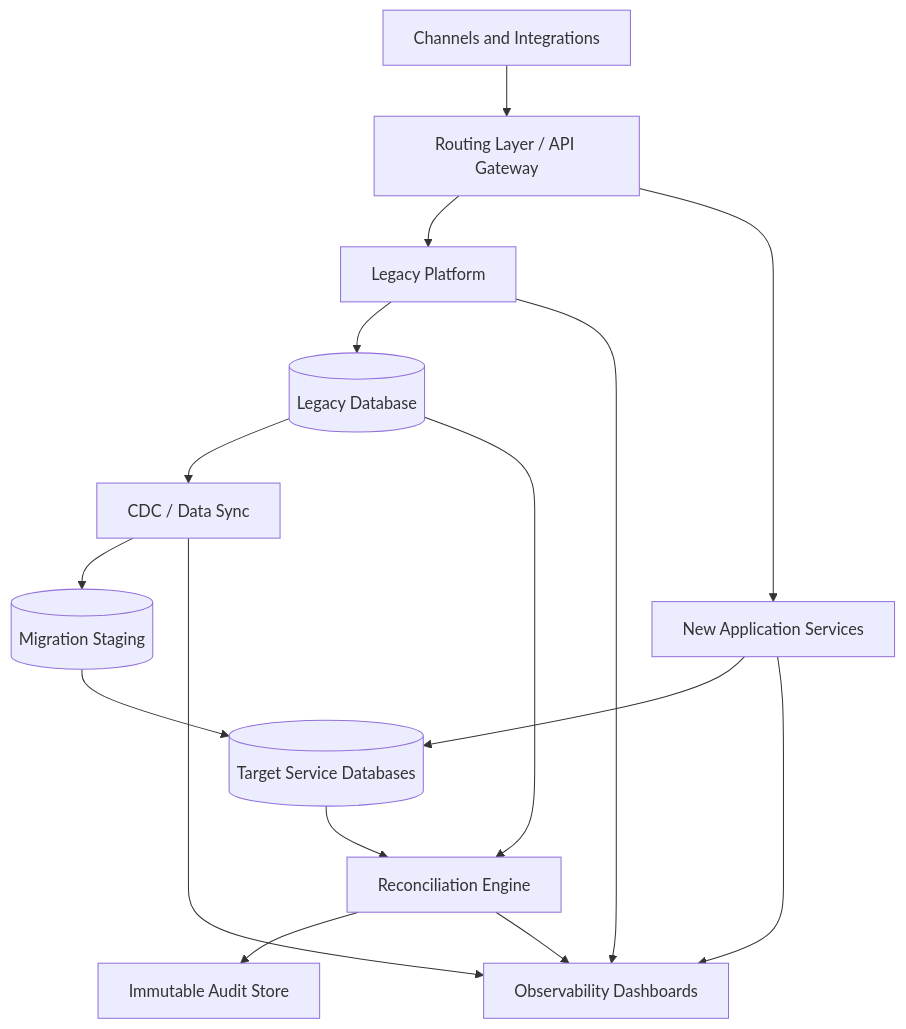
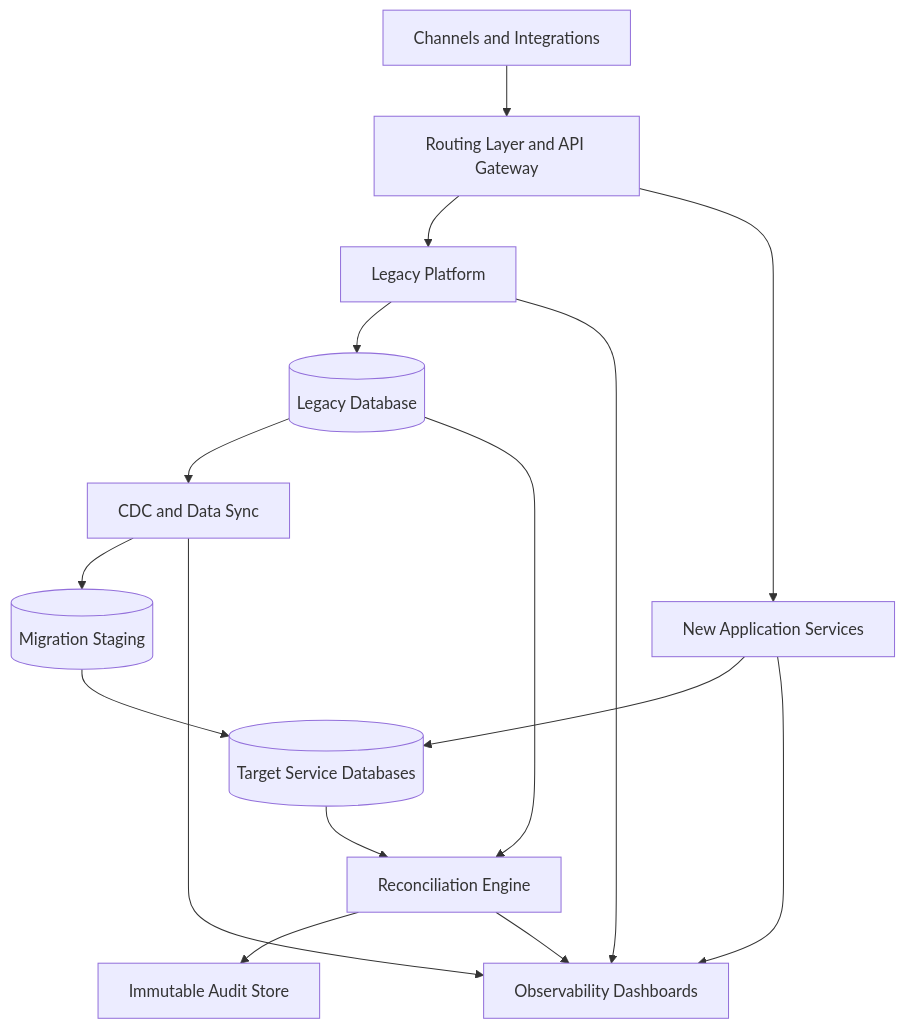
The first of 3 diagrams in finance-system-migration-strategy/docs/migration-architecture.md (msk131/risk-exposure-secured-asset-operations-platform), drawn with Mermaid before and after one commit. The commit also changed other lines of this file, not shown here.

Commit message:
Fix GitHub Mermaid rendering in migration architecture

````diff
--- a/finance-system-migration-strategy/docs/migration-architecture.md
+++ b/finance-system-migration-strategy/docs/migration-architecture.md
@@ -9,34 +9,34 @@
 ```mermaid
 flowchart TB
-    CHANNELS[Channels and Integrations]
-    ROUTER[Routing Layer / API Gateway]
-    LEGACY[Legacy Platform]
-    LEGACYDB[(Legacy Database)]
-    NEWSVC[New Application Services]
-    NEWDB[(Target Service Databases)]
-    CDC[CDC / Data Sync]
-    STAGE[(Migration Staging)]
-    RECON[Reconciliation Engine]
-    AUDIT[Immutable Audit Store]
-    OBS[Observability Dashboards]
+    CHANNELS["Channels and Integrations"]
+    ROUTER["Routing Layer and API Gateway"]
+    LEGACY["Legacy Platform"]
+    LEGACYDB[("Legacy Database")]
+    NEWSVC["New Application Services"]
+    NEWDB[("Target Service Databases")]
+    CDC["CDC and Data Sync"]
+    STAGE[("Migration Staging")]
+    RECON["Reconciliation Engine"]
+    AUDIT["Immutable Audit Store"]
+    OBS["Observability Dashboards"]
 
     CHANNELS --> ROUTER
     ROUTER --> LEGACY
     ROUTER --> NEWSVC
 
     LEGACY --> LEGACYDB
     NEWSVC --> NEWDB
 
     LEGACYDB --> CDC
     CDC --> STAGE
     STAGE --> NEWDB
 
     LEGACYDB --> RECON
     NEWDB --> RECON
     RECON --> AUDIT
 
     LEGACY --> OBS
     NEWSVC --> OBS
     CDC --> OBS
     RECON --> OBS
 ```
````
